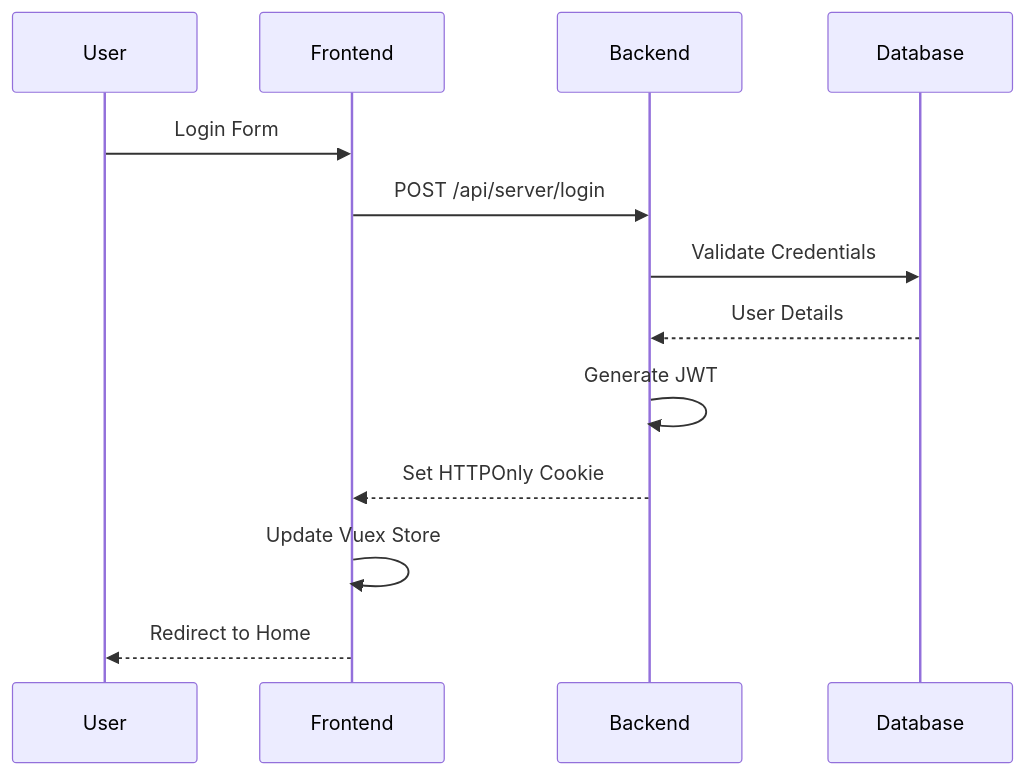
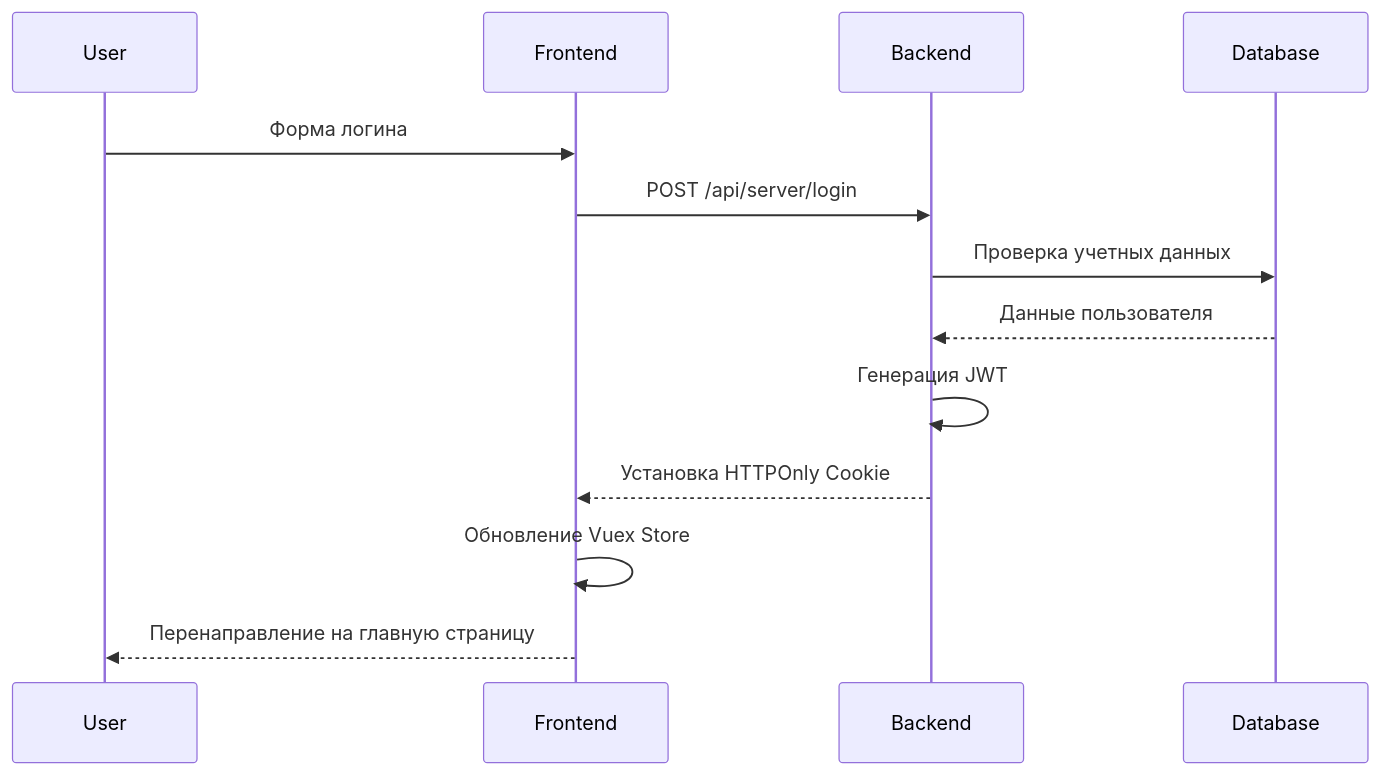
Before and after one commit to misha1350/mospolytech-web-app: the second of 5 diagrams in docs/ARCHITECTURE.md, drawn with Mermaid. The commit also changed other lines of this file and 6 other files, not shown here.

````diff
--- a/docs/ARCHITECTURE.md
+++ b/docs/ARCHITECTURE.md
@@ -39,16 +39,16 @@
    ```mermaid
    sequenceDiagram
        participant User
        participant Frontend
        participant Backend
        participant Database
        
-       User->>Frontend: Login Form
+       User->>Frontend: Форма логина
        Frontend->>Backend: POST /api/server/login
-       Backend->>Database: Validate Credentials
-       Database-->>Backend: User Details
-       Backend->>Backend: Generate JWT
-       Backend-->>Frontend: Set HTTPOnly Cookie
-       Frontend->>Frontend: Update Vuex Store
-       Frontend-->>User: Redirect to Home
+       Backend->>Database: Проверка учетных данных
+       Database-->>Backend: Данные пользователя
+       Backend->>Backend: Генерация JWT
+       Backend-->>Frontend: Установка HTTPOnly Cookie
+       Frontend->>Frontend: Обновление Vuex Store
+       Frontend-->>User: Перенаправление на главную страницу
    ```
````
